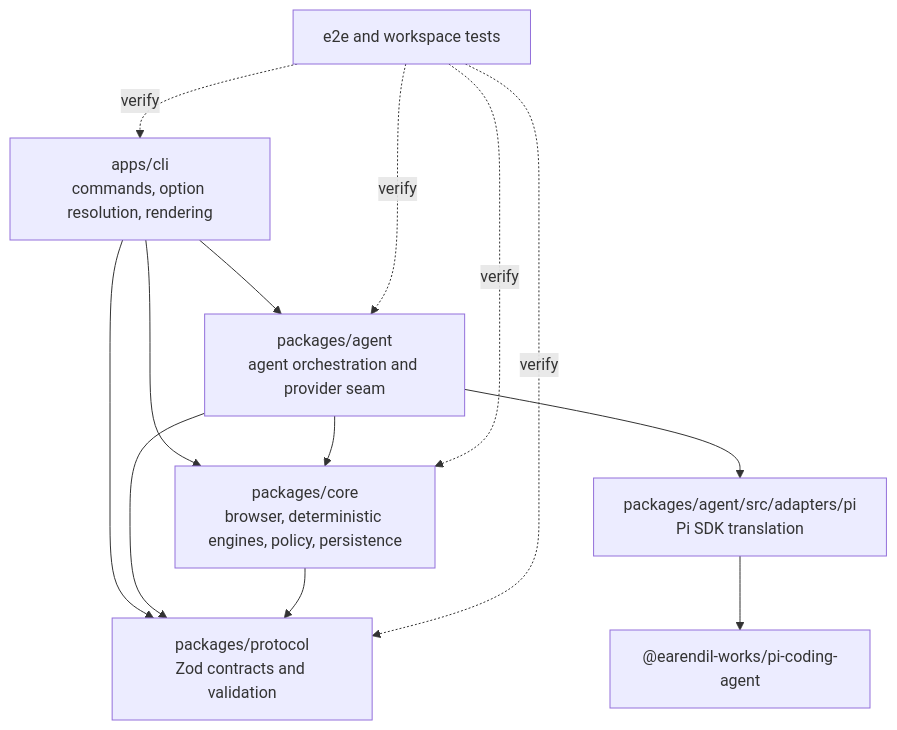
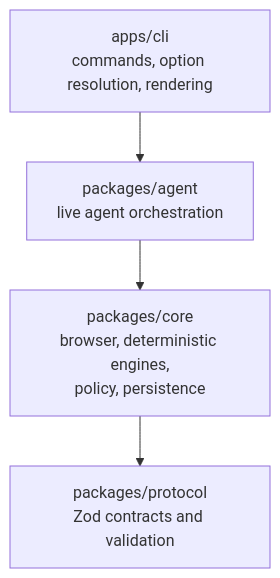
The second of 7 diagrams in docs/architecture.md (abranjith/yantra), drawn with Mermaid before and after one commit. The commit also changed other lines of this file, not shown here.

````diff
--- a/docs/architecture.md
+++ b/docs/architecture.md
@@ -46,15 +47,9 @@
 ```mermaid
 flowchart TD
-  CLI[apps/cli<br/>commands, option resolution, rendering] --> Agent[packages/agent<br/>agent orchestration and provider seam]
-  CLI --> Core[packages/core<br/>browser, deterministic engines, policy, persistence]
-  CLI --> Protocol[packages/protocol<br/>Zod contracts and validation]
-  Agent --> Core
-  Agent --> Protocol
-  Core --> Protocol
-  Agent --> PiAdapter[packages/agent/src/adapters/pi<br/>Pi SDK translation]
-  PiAdapter --> PiSDK["@earendil-works/pi-coding-agent"]
-  Tests[e2e and workspace tests] -. verify .-> CLI
-  Tests -. verify .-> Agent
-  Tests -. verify .-> Core
-  Tests -. verify .-> Protocol
+  CLI[apps/cli<br/>commands, option resolution, rendering]
+  Agent[packages/agent<br/>live agent orchestration]
+  Core[packages/core<br/>browser, deterministic engines,<br/>policy, persistence]
+  Protocol[packages/protocol<br/>Zod contracts and validation]
+
+  CLI --> Agent --> Core --> Protocol
 ```
````
